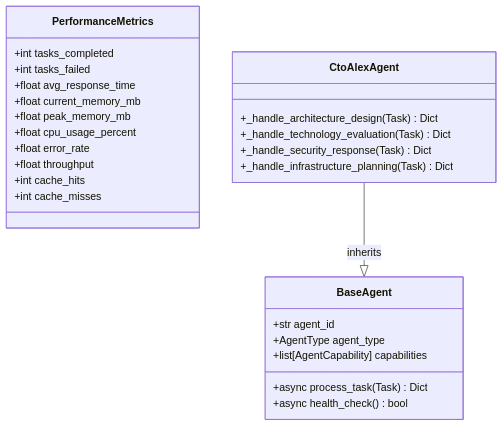
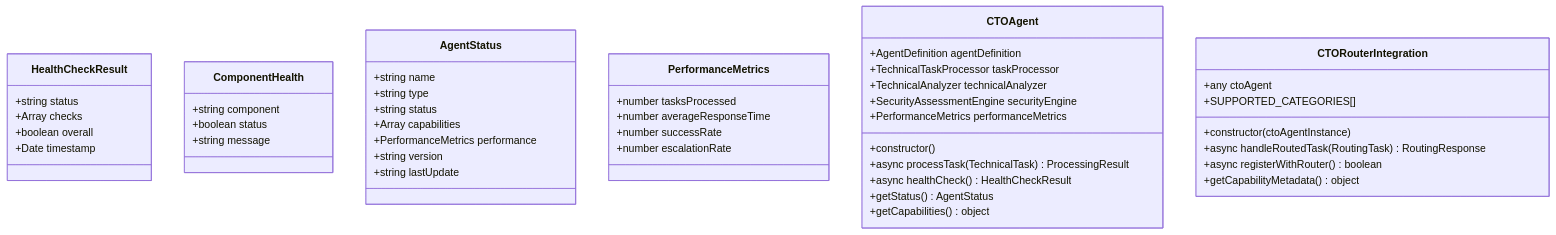
The fourth of 5 diagrams in .qoder/repowiki/en/content/CTO Agent (Alex).md (371-Minds/os), drawn with Mermaid before and after one commit. The commit also changed other lines of this file and 10 other files, not shown here.

````diff
--- a/.qoder/repowiki/en/content/CTO Agent (Alex).md
+++ b/.qoder/repowiki/en/content/CTO Agent (Alex).md
@@ -178,29 +259,49 @@
 ```mermaid
 classDiagram
+class HealthCheckResult {
++string status
++Array<ComponentHealth> checks
++boolean overall
++Date timestamp
+}
+class ComponentHealth {
++string component
++boolean status
++string message
+}
+class AgentStatus {
++string name
++string type
++string status
++Array<string> capabilities
++PerformanceMetrics performance
++string version
++string lastUpdate
+}
 class PerformanceMetrics {
-+int tasks_completed
-+int tasks_failed
-+float avg_response_time
-+float current_memory_mb
-+float peak_memory_mb
-+float cpu_usage_percent
-+float error_rate
-+float throughput
-+int cache_hits
-+int cache_misses
++number tasksProcessed
++number averageResponseTime
++number successRate
++number escalationRate
 }
-class BaseAgent {
-+str agent_id
-+AgentType agent_type
-+list[AgentCapability] capabilities
-+async process_task(Task) Dict
-+async health_check() bool
+class CTOAgent {
++AgentDefinition agentDefinition
++TechnicalTaskProcessor taskProcessor
++TechnicalAnalyzer technicalAnalyzer
++SecurityAssessmentEngine securityEngine
++PerformanceMetrics performanceMetrics
++constructor()
++async processTask(TechnicalTask) ProcessingResult
++async healthCheck() HealthCheckResult
++getStatus() AgentStatus
++getCapabilities() object
 }
-class CtoAlexAgent {
-+_handle_architecture_design(Task) Dict
-+_handle_technology_evaluation(Task) Dict
-+_handle_security_response(Task) Dict
-+_handle_infrastructure_planning(Task) Dict
+class CTORouterIntegration {
++any ctoAgent
++SUPPORTED_CATEGORIES[]
++constructor(ctoAgentInstance)
++async handleRoutedTask(RoutingTask) RoutingResponse
++async registerWithRouter() boolean
++getCapabilityMetadata() object
 }
-CtoAlexAgent --|> BaseAgent : inherits
 ```
````
